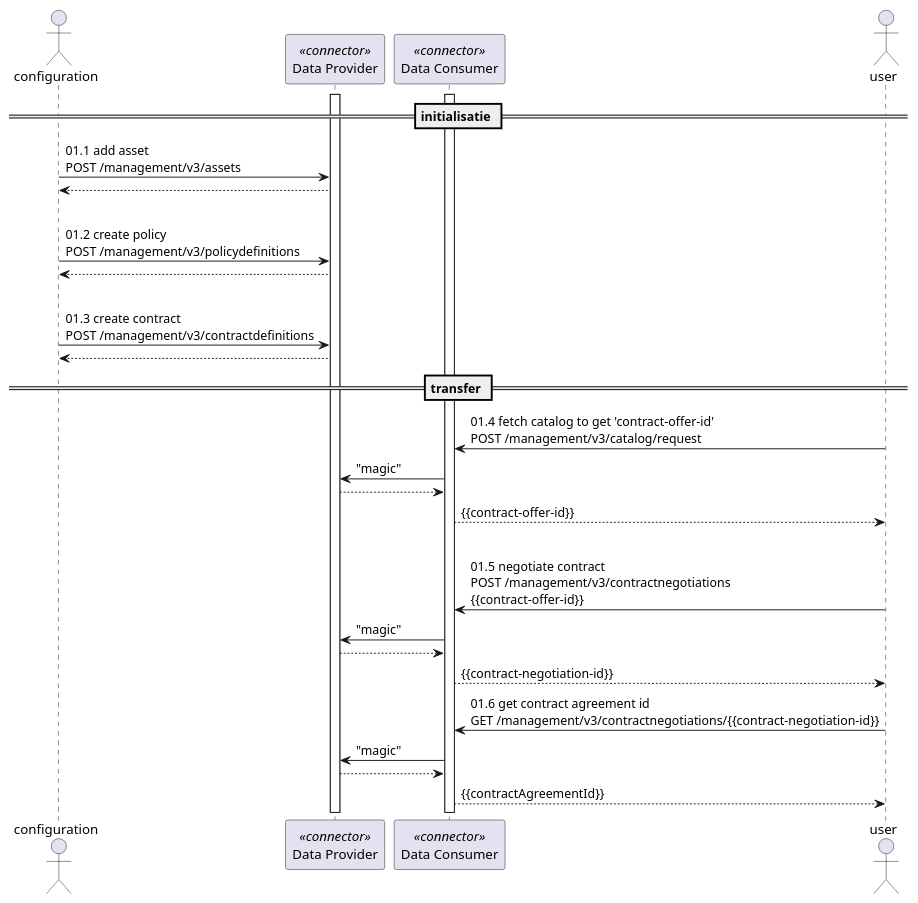
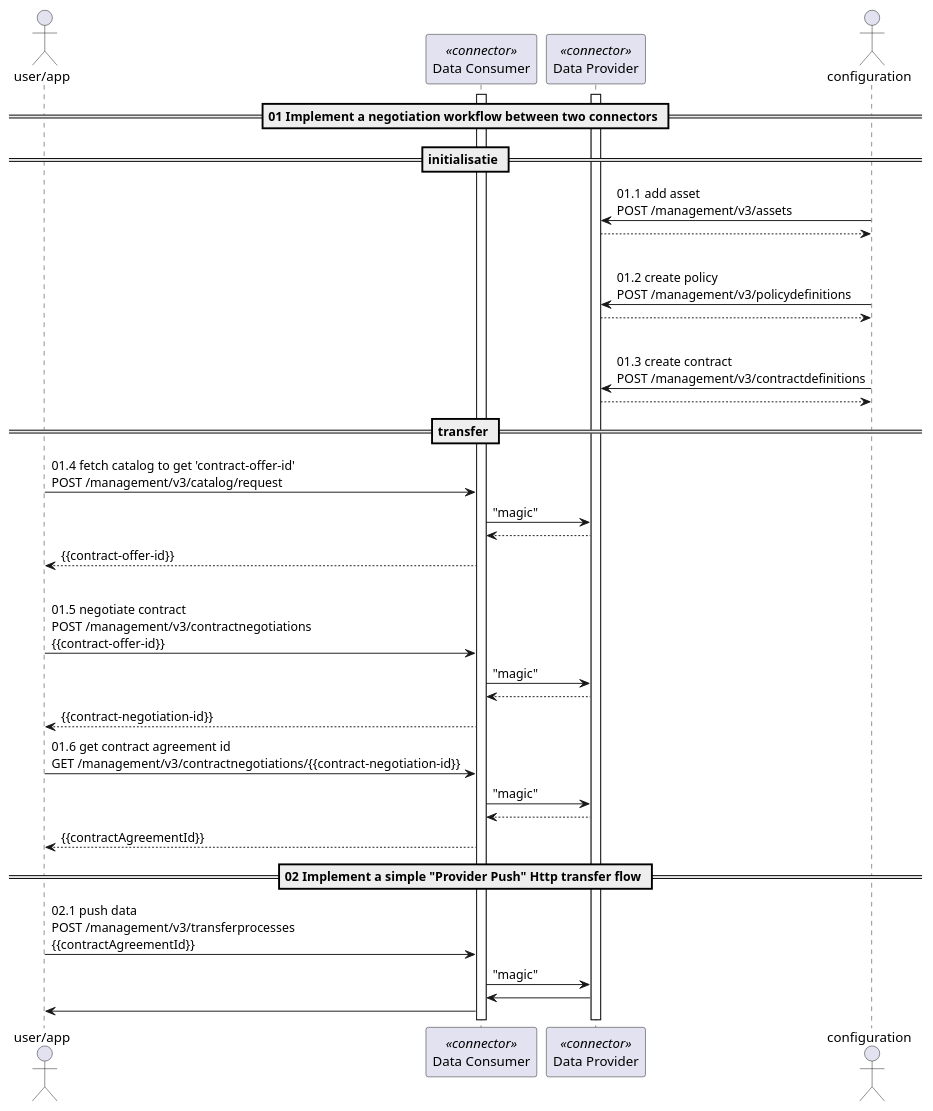
One commit to jvisch/edc-samples changed the diagram in jorg-aantekeningen/01-samples-transfer-sequence.plantuml. Above: the diagram before and after it, drawn with PlantUML. The commit also changed 9 other files, not shown here.

Commit message:
transfer 02 push transfer

```diff
--- a/jorg-aantekeningen/01-samples-transfer-sequence.plantuml
+++ b/jorg-aantekeningen/01-samples-transfer-sequence.plantuml
@@ -1,44 +1,51 @@
-@startuml
+@startuml transfer sample
+
+actor "user/app" as user
+
+participant "Data Consumer" as dataconsumer << connector >>
+participant "Data Provider" as dataprovider << connector >>
 
 actor configuration as config
 
-participant "Data Provider" as dataprovider << connector >>
-participant "Data Consumer" as dataconsumer << connector >>
-
-actor user
 ' Transfer sample 01
 ' "Implement a negotiation workflow between two connectors"
 ' toevoegen van een asset aan de data provider
-
+== 01 Implement a negotiation workflow between two connectors ==
 == initialisatie ==
 activate dataprovider
 activate dataconsumer
 
 config -> dataprovider : 01.1 add asset\nPOST /management/v3/assets
 dataprovider --> config
 |||
 config -> dataprovider : 01.2 create policy\nPOST /management/v3/policydefinitions
 dataprovider --> config
 |||
 config -> dataprovider : 01.3 create contract\nPOST /management/v3/contractdefinitions
 dataprovider --> config
 
 == transfer ==
 
 user -> dataconsumer : 01.4 fetch catalog to get 'contract-offer-id'\nPOST /management/v3/catalog/request
 dataconsumer -> dataprovider : "magic"
 dataprovider --> dataconsumer
 dataconsumer --> user : {{contract-offer-id}}
 |||
 user -> dataconsumer : 01.5 negotiate contract\nPOST /management/v3/contractnegotiations\n{{contract-offer-id}}
 dataconsumer -> dataprovider : "magic"
 dataprovider --> dataconsumer
 dataconsumer --> user : {{contract-negotiation-id}}
 
 user -> dataconsumer : 01.6 get contract agreement id\nGET /management/v3/contractnegotiations/{{contract-negotiation-id}}
 dataconsumer -> dataprovider : "magic"
 dataprovider --> dataconsumer
 dataconsumer --> user : {{contractAgreementId}}
 
+== 02 Implement a simple "Provider Push" Http transfer flow ==
+
+user -> dataconsumer : 02.1 push data\nPOST /management/v3/transferprocesses\n{{contractAgreementId}}
+dataconsumer -> dataprovider : "magic"
+dataprovider -> dataconsumer
+dataconsumer -> user
 
 @enduml
```
